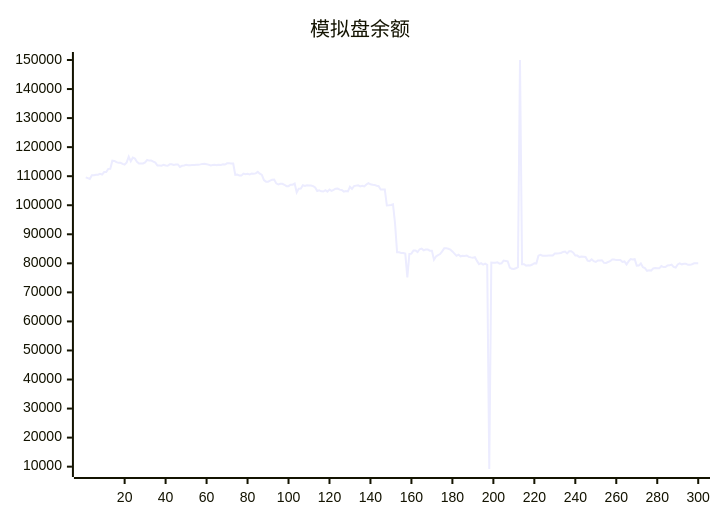
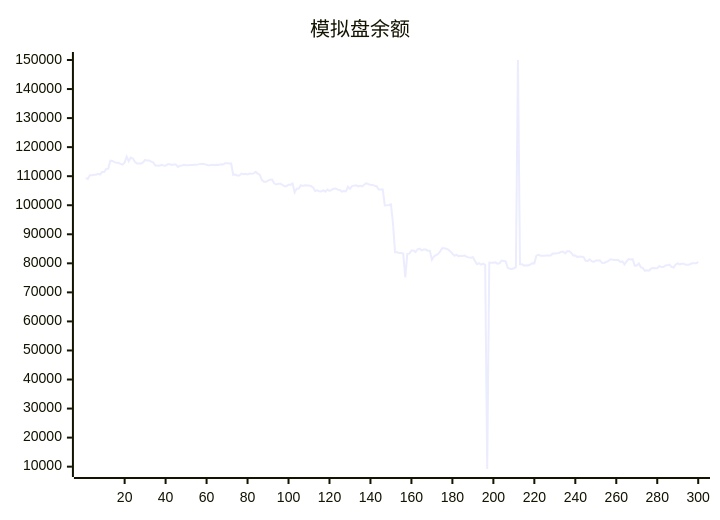
Before and after one commit to aahl/ai-trading: the diagram in README.md, drawn with Mermaid. The commit also changed other lines of this file and 1 other file, not shown here.

````diff
--- a/README.md
+++ b/README.md
@@ -5,5 +5,5 @@
 ```mermaid
 xychart
     title "模拟盘余额"
-    line [109584,109337,109071,110342,110342,110488,110488,110814,110531,111421,111421,112518,112522,115341,115266,114830,114584,114588,114231,113973,114726,116697,115160,116423,116083,114950,114365,114365,114388,114730,115582,115358,115358,115032,114686,113688,113688,113610,113930,113672,113585,114083,114074,113840,113996,114051,113208,113593,113701,113901,113794,113784,113810,113848,113927,113929,114064,114232,114293,114144,113960,113698,113853,113942,113812,113908,113877,114091,113998,114427,114422,114384,114384,110477,110576,110198,110198,110890,110712,110812,110569,110929,110847,110968,111478,110870,110433,108661,108116,108115,108485,108797,108877,107536,107134,107393,107393,107046,106565,106565,107081,107081,107478,104404,105715,105749,106866,106651,106889,106771,106816,106565,106141,104876,105103,104796,104734,105169,104690,105380,104941,105272,105709,105739,105374,105227,104691,104924,104762,106364,105628,106608,106748,106872,106485,106721,106468,107132,107620,107224,107080,107001,106717,106567,105431,105431,105440,99950,100017,100113,100337,93749,83795,83807,83567,83567,83342,75168,83222,83336,84448,84449,83896,84839,85065,84499,84757,84757,84364,84347,81254,82385,82835,83184,84099,85150,85150,85002,84751,84096,83356,82582,82983,82404,82572,82512,82688,82200,82047,81920,82125,80840,79688,80060,79552,79920,79470,9193,80236,80208,80170,80336,79894,80006,80954,80837,80712,78561,78139,78037,78293,78682,150000,79720,79720,79214,79372,79279,79591,80046,79993,82625,82950,82626,82571,82633,82670,82670,82681,83386,83378,83464,83579,83920,84037,83402,84160,84142,83652,82655,82655,82145,82315,82243,82163,80934,80770,81371,80742,80468,80989,80989,81067,80191,80155,80450,80737,81309,81309,81106,81119,81119,80471,80631,79624,80670,81448,81290,81429,79212,79222,79940,78643,78380,77432,77623,77504,78235,78358,78284,78277,79048,78714,78714,79290,79308,79567,78763,78563,79603,79988,79652,79813,79813,79476,79469,79673,79995,80015,80015]
+    line [109337,109071,110342,110342,110488,110488,110814,110531,111421,111421,112518,112522,115341,115266,114830,114584,114588,114231,113973,114726,116697,115160,116423,116083,114950,114365,114365,114388,114730,115582,115358,115358,115032,114686,113688,113688,113610,113930,113672,113585,114083,114074,113840,113996,114051,113208,113593,113701,113901,113794,113784,113810,113848,113927,113929,114064,114232,114293,114144,113960,113698,113853,113942,113812,113908,113877,114091,113998,114427,114422,114384,114384,110477,110576,110198,110198,110890,110712,110812,110569,110929,110847,110968,111478,110870,110433,108661,108116,108115,108485,108797,108877,107536,107134,107393,107393,107046,106565,106565,107081,107081,107478,104404,105715,105749,106866,106651,106889,106771,106816,106565,106141,104876,105103,104796,104734,105169,104690,105380,104941,105272,105709,105739,105374,105227,104691,104924,104762,106364,105628,106608,106748,106872,106485,106721,106468,107132,107620,107224,107080,107001,106717,106567,105431,105431,105440,99950,100017,100113,100337,93749,83795,83807,83567,83567,83342,75168,83222,83336,84448,84449,83896,84839,85065,84499,84757,84757,84364,84347,81254,82385,82835,83184,84099,85150,85150,85002,84751,84096,83356,82582,82983,82404,82572,82512,82688,82200,82047,81920,82125,80840,79688,80060,79552,79920,79470,9193,80236,80208,80170,80336,79894,80006,80954,80837,80712,78561,78139,78037,78293,78682,150000,79720,79720,79214,79372,79279,79591,80046,79993,82625,82950,82626,82571,82633,82670,82670,82681,83386,83378,83464,83579,83920,84037,83402,84160,84142,83652,82655,82655,82145,82315,82243,82163,80934,80770,81371,80742,80468,80989,80989,81067,80191,80155,80450,80737,81309,81309,81106,81119,81119,80471,80631,79624,80670,81448,81290,81429,79212,79222,79940,78643,78380,77432,77623,77504,78235,78358,78284,78277,79048,78714,78714,79290,79308,79567,78763,78563,79603,79988,79652,79813,79813,79476,79469,79673,79995,80015,80015,80486]
 ```
````
